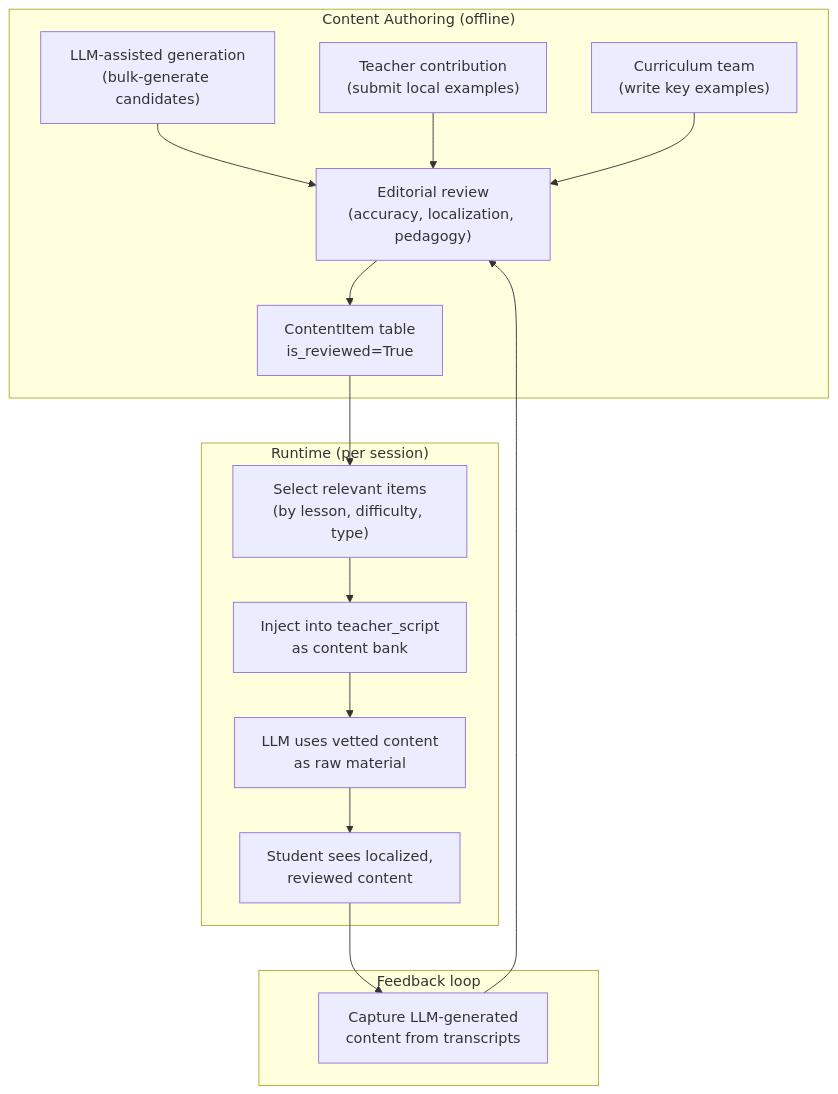
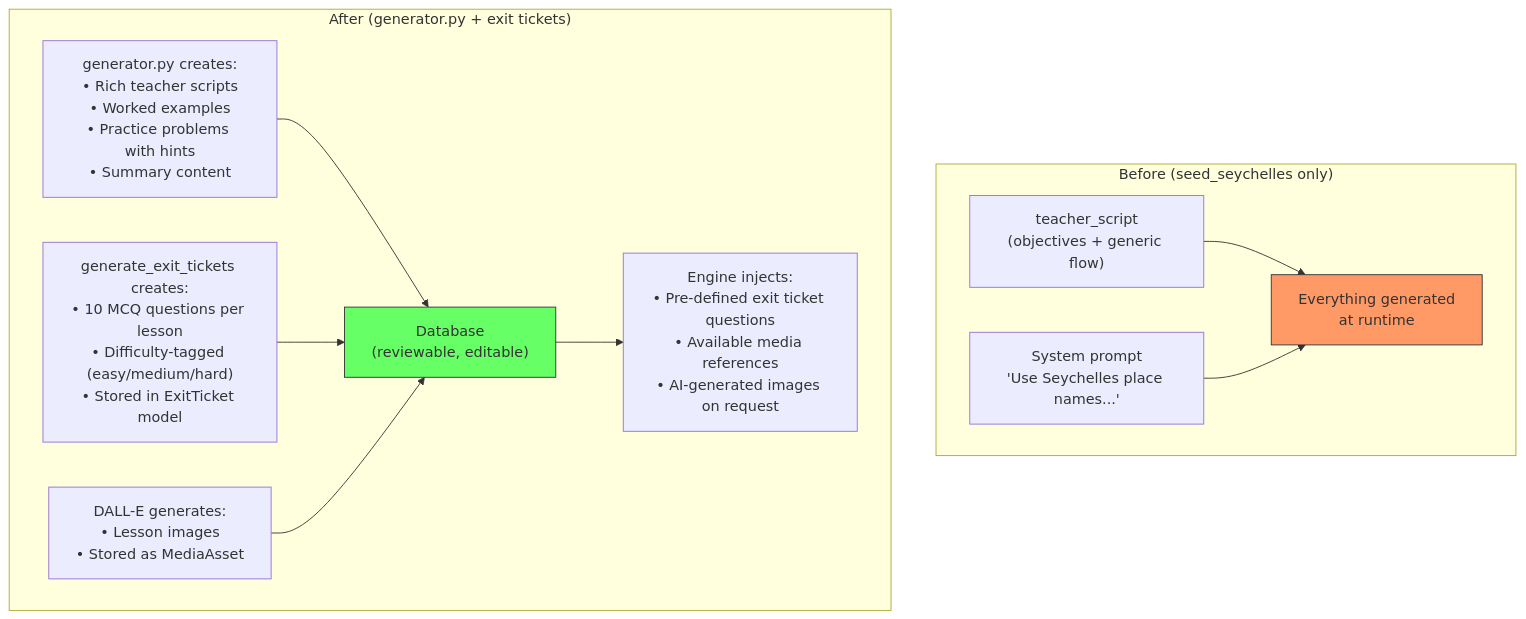
Before and after one commit to eai6/ai-tutor: the ninth of 11 diagrams in design/PROMPT_AND_CURRICULUM_DEEP_DIVE.md, drawn with Mermaid. The commit also changed other lines of this file, not shown here.

First line of the commit message:
Update deep dive design doc with new code analysis (generator, engine, exit tickets)

````diff
--- a/design/PROMPT_AND_CURRICULUM_DEEP_DIVE.md
+++ b/design/PROMPT_AND_CURRICULUM_DEEP_DIVE.md
@@ -573,22 +491,24 @@
 ```mermaid
 flowchart TD
-    subgraph "Content Authoring (offline)"
-        A1["LLM-assisted generation\n(bulk-generate candidates)"] --> REVIEW
-        A2["Teacher contribution\n(submit local examples)"] --> REVIEW
-        A3["Curriculum team\n(write key examples)"] --> REVIEW
-        REVIEW["Editorial review\n(accuracy, localization, pedagogy)"]
-        REVIEW --> DB["ContentItem table\nis_reviewed=True"]
+    subgraph "Before (seed_seychelles only)"
+        OLD_TS["teacher_script\n(objectives + generic flow)"]
+        OLD_LOC["System prompt\n'Use Seychelles place names...'"]
+        OLD_TS --> OLD_LLM["Everything generated\nat runtime"]
+        OLD_LOC --> OLD_LLM
     end
 
-    subgraph "Runtime (per session)"
-        DB --> SELECT["Select relevant items\n(by lesson, difficulty, type)"]
-        SELECT --> INJECT["Inject into teacher_script\nas content bank"]
-        INJECT --> LLM["LLM uses vetted content\nas raw material"]
-        LLM --> STUDENT["Student sees localized,\nreviewed content"]
+    subgraph "After (generator.py + exit tickets)"
+        NEW_GEN["generator.py creates:\n• Rich teacher scripts\n• Worked examples\n• Practice problems with hints\n• Summary content"]
+        NEW_ET["generate_exit_tickets creates:\n• 10 MCQ questions per lesson\n• Difficulty-tagged (easy/medium/hard)\n• Stored in ExitTicket model"]
+        NEW_MEDIA["DALL-E generates:\n• Lesson images\n• Stored as MediaAsset"]
+        NEW_ENGINE["Engine injects:\n• Pre-defined exit ticket questions\n• Available media references\n• AI-generated images on request"]
+
+        NEW_GEN --> DB["Database\n(reviewable, editable)"]
+        NEW_ET --> DB
+        NEW_MEDIA --> DB
+        DB --> NEW_ENGINE
     end
 
-    subgraph "Feedback loop"
-        STUDENT --> CAPTURE["Capture LLM-generated\ncontent from transcripts"]
-        CAPTURE --> REVIEW
-    end
+    style OLD_LLM fill:#f96,stroke:#333
+    style DB fill:#6f6,stroke:#333
 ```
````
